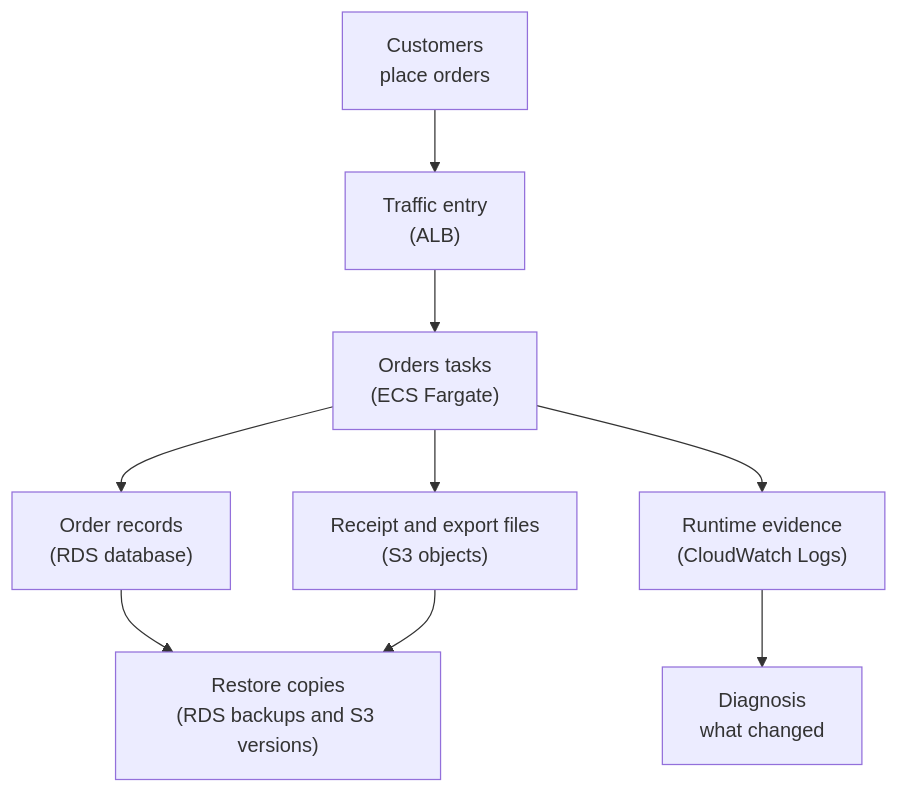
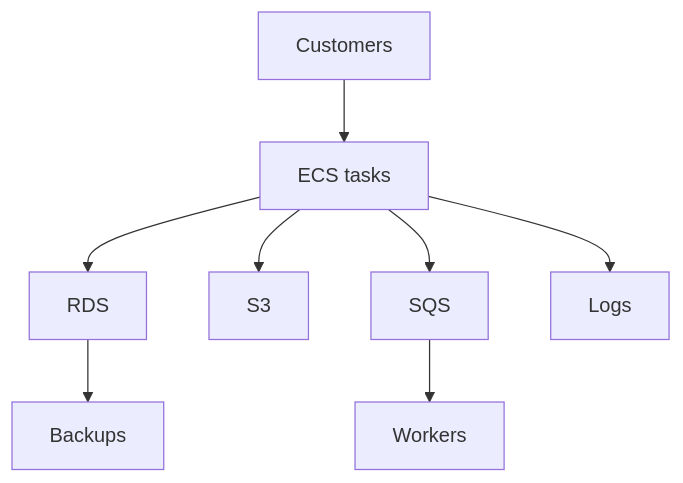
One commit to senlinyy/dev-roadmaps changed the diagram in cloud-providers/aws/cost-resilience/cost-and-resilience-mental-model.md. Above: the diagram before and after it, drawn with Mermaid. The commit also changed other lines of this file and 275 other files, not shown here.

Commit message:
feat: roadmap structure update

````diff
--- a/cloud-providers/aws/cost-resilience/cost-and-resilience-mental-model.md
+++ b/cloud-providers/aws/cost-resilience/cost-and-resilience-mental-model.md
@@ -231,11 +56,10 @@
 ```mermaid
 flowchart TD
-    USERS["Customers<br/>place orders"] --> ALB["Traffic entry<br/>(ALB)"]
-    ALB --> ECS["Orders tasks<br/>(ECS Fargate)"]
-    ECS --> RDS["Order records<br/>(RDS database)"]
-    ECS --> S3["Receipt and export files<br/>(S3 objects)"]
-    ECS --> LOGS["Runtime evidence<br/>(CloudWatch Logs)"]
-    RDS --> RECOVERY["Restore copies<br/>(RDS backups and S3 versions)"]
-    S3 --> RECOVERY
-    LOGS --> DIAG["Diagnosis<br/>what changed"]
+    Users["Customers"] --> ECS["ECS tasks"]
+    ECS --> RDS["RDS"]
+    ECS --> S3["S3"]
+    ECS --> SQS["SQS"]
+    SQS --> Workers["Workers"]
+    ECS --> Logs["Logs"]
+    RDS --> Backups["Backups"]
 ```
````
